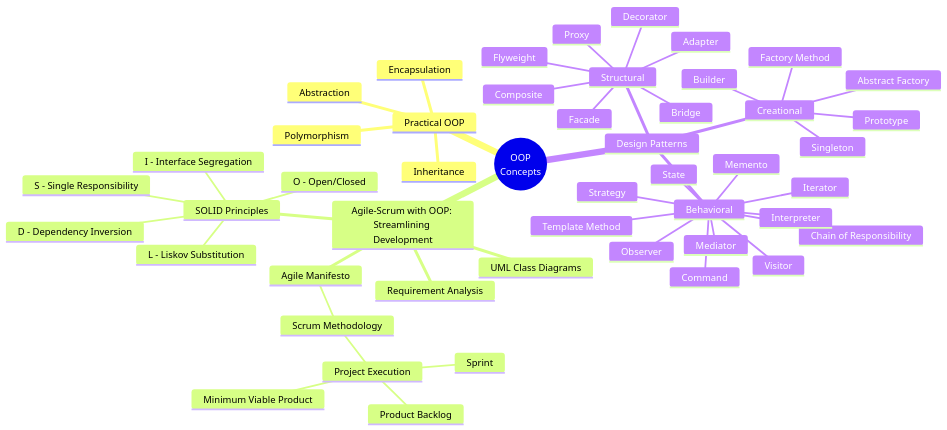
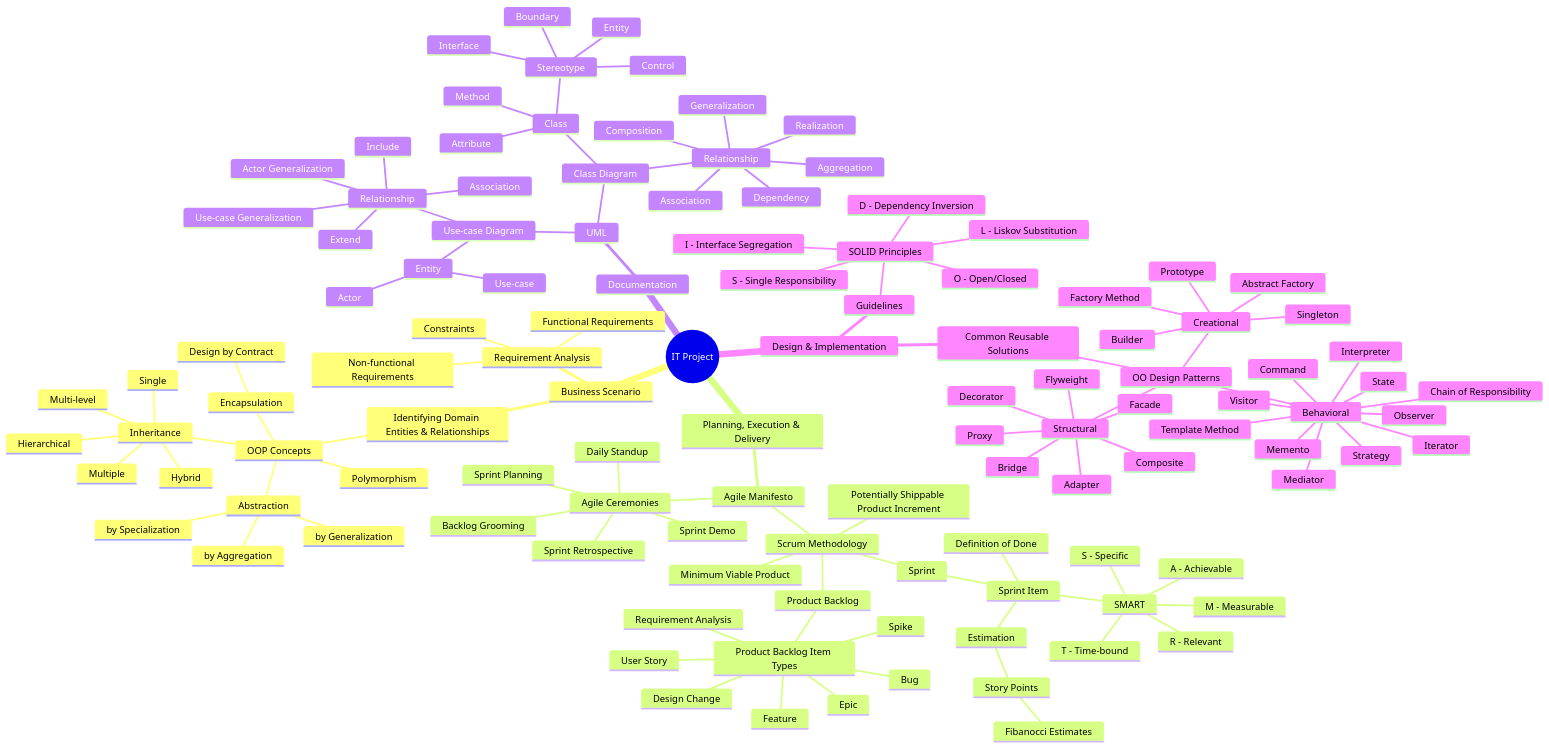
One commit to tech-magic/oop-concepts changed the diagram in README.md. Above: the diagram before and after it, drawn with Mermaid. The commit also changed other lines of this file, not shown here.

````diff
--- a/README.md
+++ b/README.md
@@ -19,51 +15,120 @@
 ```mermaid
 mindmap
-  root((OOP<br/> Concepts))
-    Practical OOP
-      Abstraction
-      Encapsulation
-      Inheritance
-      Polymorphism
-    Agile-Scrum with OOP: Streamlining Development
-      Agile Manifesto
-        Scrum Methodology
-          Project Execution
-            Sprint
-            Product Backlog
-            Minimum Viable Product          
-      Requirement Analysis
-      UML Class Diagrams
-      SOLID Principles
-        S - Single Responsibility
-        O - Open/Closed
-        L - Liskov Substitution
-        I - Interface Segregation
-        D - Dependency Inversion
-    Design Patterns
-      Creational
-        Factory Method
-        Abstract Factory
-        Singleton
-        Builder
-        Prototype
-      Structural
-        Adapter
-        Bridge
-        Composite
-        Decorator
-        Facade
-        Flyweight
-        Proxy
-      Behavioral
-        Chain of Responsibility
-        Command
-        Interpreter
-        Iterator
-        Mediator
-        Memento
-        Observer
-        State
-        Strategy
-        Template Method
-        Visitor
+  root((IT Project))
+    Business Scenario
+        Requirement Analysis
+            Functional Requirements
+            Non-functional Requirements
+            Constraints
+        Identifying Domain Entities & Relationships
+            OOP Concepts
+                Abstraction
+                    by Specialization
+                    by Generalization
+                    by Aggregation
+                Encapsulation
+                    Design by Contract
+                Inheritance
+                    Single
+                    Multiple
+                    Multi-level
+                    Hierarchical
+                    Hybrid
+                Polymorphism
+    Planning, Execution & Delivery
+        Agile Manifesto
+            Scrum Methodology
+                Sprint
+                    Sprint Item
+                        SMART
+                            S - Specific
+                            M - Measurable
+                            A - Achievable
+                            R - Relevant
+                            T - Time-bound
+                        Definition of Done
+                        Estimation
+                            Story Points
+                                Fibanocci Estimates
+                Product Backlog
+                    Product Backlog Item Types
+                        Epic
+                        User Story
+                        Feature
+                        Bug
+                        Spike
+                        Design Change
+                        Requirement Analysis
+                Minimum Viable Product
+                Potentially Shippable Product Increment
+            Agile Ceremonies
+                Backlog Grooming
+                Sprint Planning
+                Daily Standup
+                Sprint Retrospective
+                Sprint Demo
+    Documentation
+        UML
+            Use-case Diagram
+                Entity
+                  Use-case
+                  Actor
+                Relationship
+                    Association
+                    Actor Generalization
+                    Extend
+                    Include
+                    Use-case Generalization
+            Class Diagram
+                Class
+                    Attribute
+                    Method
+                    Stereotype
+                        Entity
+                        Boundary
+                        Control
+                        Interface
+                Relationship
+                    Dependency
+                    Association
+                    Aggregation
+                    Composition
+                    Generalization
+                    Realization
+    Design & Implementation
+        Guidelines
+            SOLID Principles
+                S - Single Responsibility
+                O - Open/Closed
+                L - Liskov Substitution
+                I - Interface Segregation
+                D - Dependency Inversion
+        Common Reusable Solutions
+            OO Design Patterns
+                Creational
+                    Factory Method
+                    Abstract Factory
+                    Singleton
+                    Builder
+                    Prototype
+                Structural
+                    Adapter
+                    Bridge
+                    Composite
+                    Decorator
+                    Facade
+                    Flyweight
+                    Proxy
+                Behavioral
+                    Chain of Responsibility
+                    Command
+                    Interpreter
+                    Iterator
+                    Mediator
+                    Memento
+                    Observer
+                    State
+                    Strategy
+                    Template Method
+                    Visitor
 ```
````
